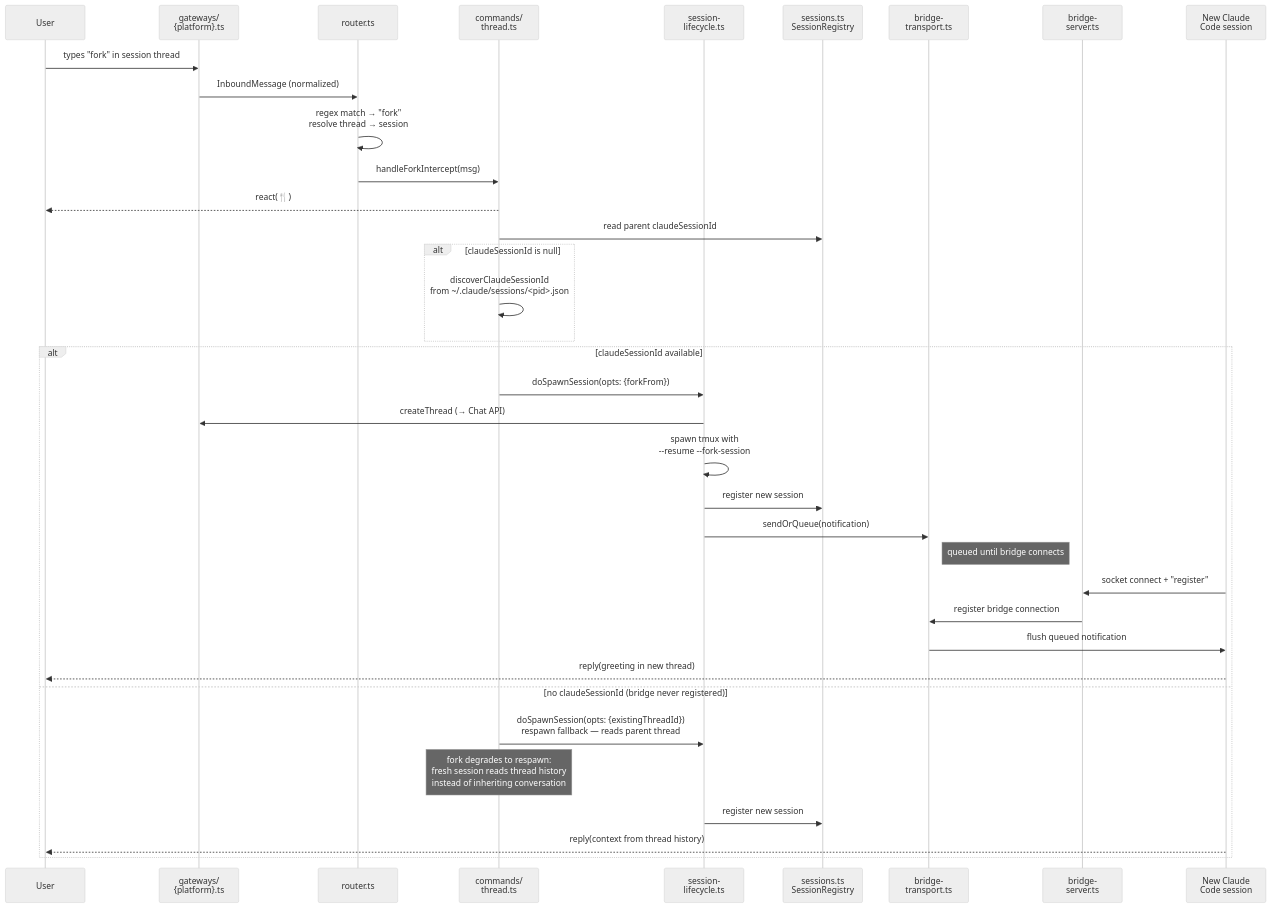
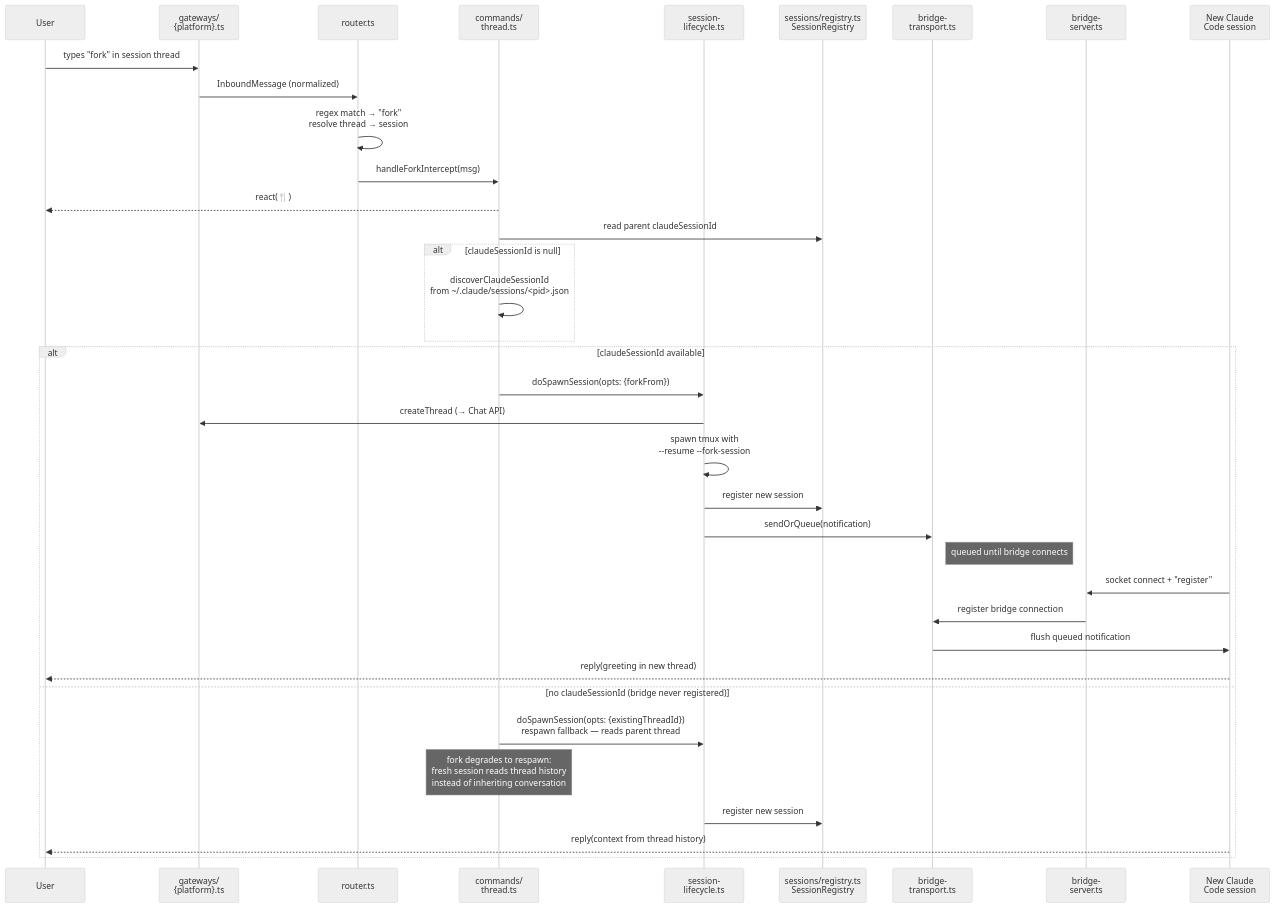
One commit to sf8193/hydra changed the diagram in diagrams/flow-fork.mmd. Above: the diagram before and after it, drawn with Mermaid (neutral theme). The commit also changed 6 other files, not shown here.

Commit message:
Diagram labels name sessions/registry.ts

```diff
--- a/diagrams/flow-fork.mmd
+++ b/diagrams/flow-fork.mmd
@@ -1,43 +1,43 @@
 %% Fork Command — Flow Through the Layers
 %% Each layer does one thing and passes to the next.
 %% Swap the gateway implementation and the flow is identical.
 
 sequenceDiagram
     participant User
     participant gateway as gateways/<br/>{platform}.ts
     participant router as router.ts
     participant thread as commands/<br/>thread.ts
     participant lifecycle as session-<br/>lifecycle.ts
-    participant sessions as sessions.ts<br/>SessionRegistry
+    participant sessions as sessions/registry.ts<br/>SessionRegistry
     participant transport as bridge-<br/>transport.ts
     participant server as bridge-<br/>server.ts
     participant cc as New Claude<br/>Code session
 
     User->>gateway: types "fork" in session thread
     gateway->>router: InboundMessage (normalized)
     router->>router: regex match → "fork"<br/>resolve thread → session
     router->>thread: handleForkIntercept(msg)
     thread-->>User: react(🍴)
     thread->>sessions: read parent claudeSessionId
 
     alt claudeSessionId is null
         thread->>thread: discoverClaudeSessionId<br/>from ~/.claude/sessions/<pid>.json
     end
 
     alt claudeSessionId available
         thread->>lifecycle: doSpawnSession(opts: {forkFrom})
         lifecycle->>gateway: createThread (→ Chat API)
         lifecycle->>lifecycle: spawn tmux with<br/>--resume --fork-session
         lifecycle->>sessions: register new session
         lifecycle->>transport: sendOrQueue(notification)
         Note right of transport: queued until bridge connects
         cc->>server: socket connect + "register"
         server->>transport: register bridge connection
         transport->>cc: flush queued notification
         cc-->>User: reply(greeting in new thread)
     else no claudeSessionId (bridge never registered)
         thread->>lifecycle: doSpawnSession(opts: {existingThreadId})<br/>respawn fallback — reads parent thread
         Note over thread: fork degrades to respawn:<br/>fresh session reads thread history<br/>instead of inheriting conversation
         lifecycle->>sessions: register new session
         cc-->>User: reply(context from thread history)
     end
```
